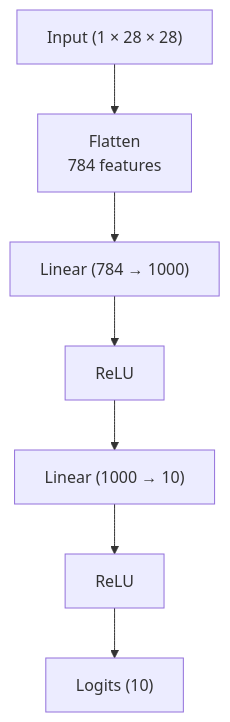
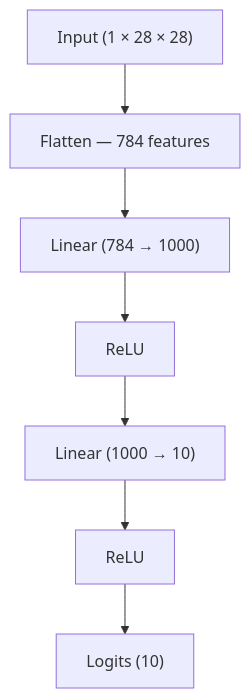
One commit to praful-srinivasan-027/fashionmnist-mlp-vs-cnn changed the first of 2 diagrams in README.md. Above: the diagram before and after it, drawn with Mermaid. The commit also changed other lines of this file, not shown here.

````diff
--- a/README.md
+++ b/README.md
@@ -66,9 +62,9 @@
 ```mermaid
 graph TD
-    A["Input (1 × 28 × 28)"] --> B[Flatten\n784 features]
+    A["Input (1 × 28 × 28)"] --> B["Flatten — 784 features"]
     B --> C["Linear (784 → 1000)"]
     C --> D[ReLU]
     D --> E["Linear (1000 → 10)"]
     E --> F[ReLU]
     F --> G["Logits (10)"]
 ```
````
